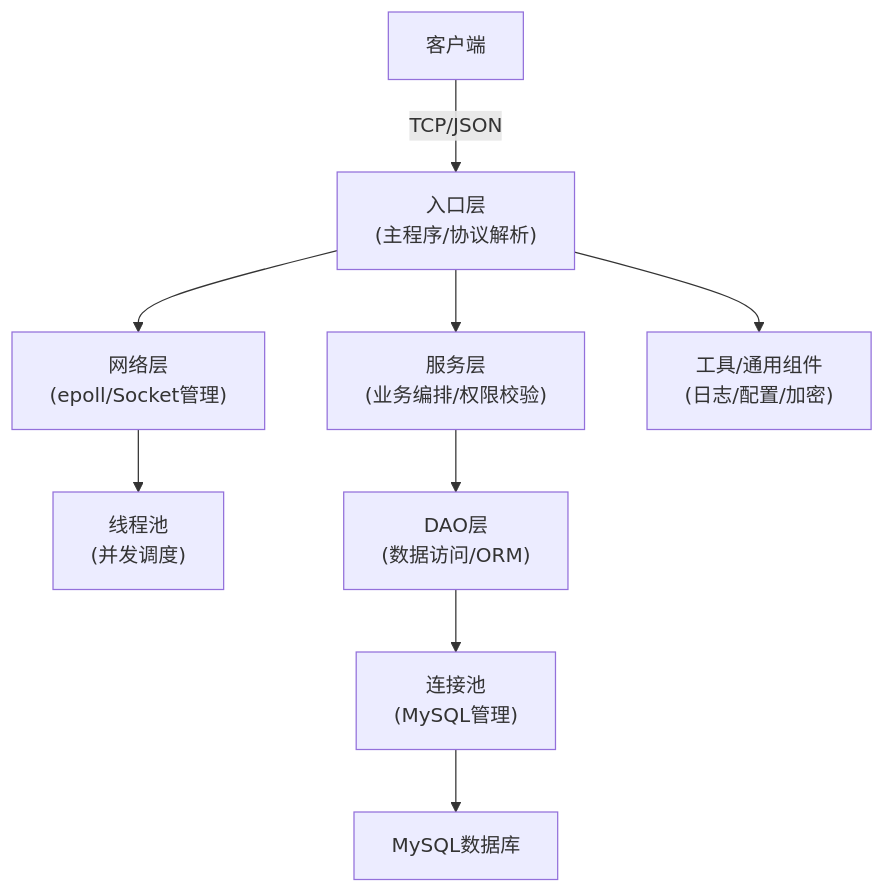
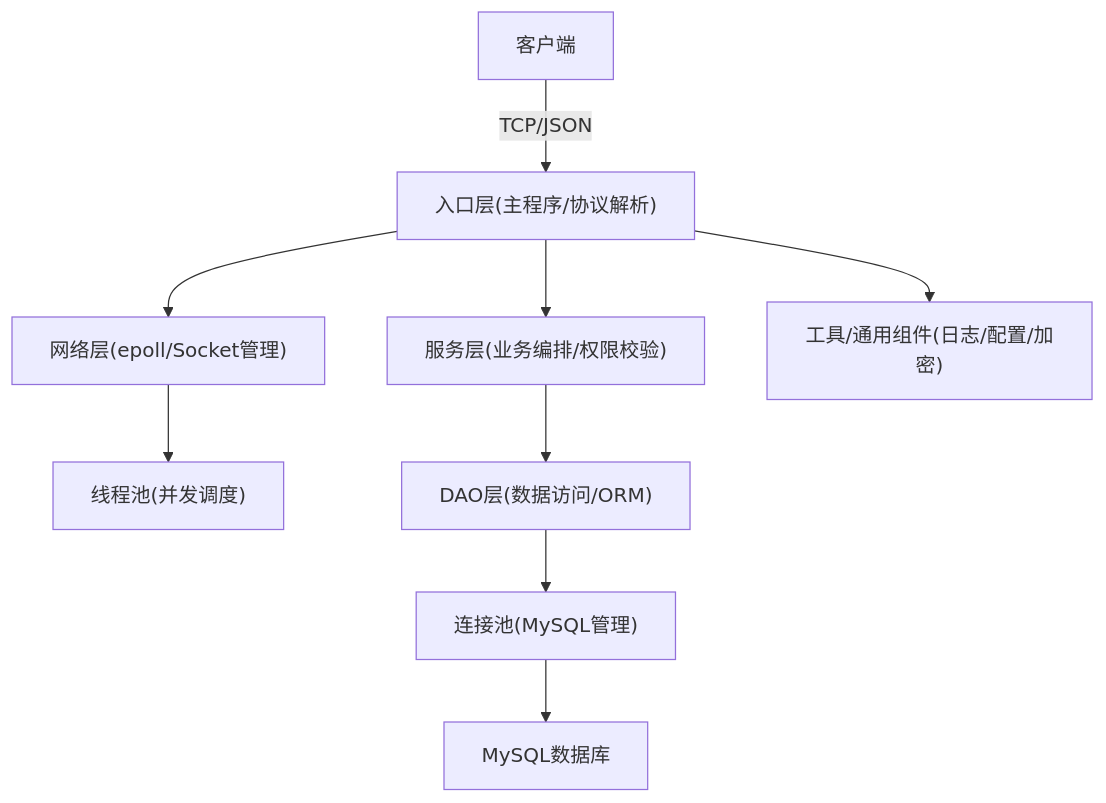
The diagram in README.md (znzz1/Chatroom), drawn with Mermaid before and after one commit.

Commit message:
Fix small bugs

````diff
--- a/README.md
+++ b/README.md
@@ -18,20 +18,20 @@
 ```mermaid
 graph TD
-  Client["客户端"] -->|TCP/JSON| Entry["入口层\n(主程序/协议解析)"]
-  Entry --> Net["网络层\n(epoll/Socket管理)"]
-  Net --> ThreadPool["线程池\n(并发调度)"]
-  Entry --> Service["服务层\n(业务编排/权限校验)"]
-  Service --> Dao["DAO层\n(数据访问/ORM)"]
-  Dao --> ConnPool["连接池\n(MySQL管理)"]
+  Client["客户端"] -->|TCP/JSON| Entry["入口层(主程序/协议解析)"]
+  Entry --> Net["网络层(epoll/Socket管理)"]
+  Net --> ThreadPool["线程池(并发调度)"]
+  Entry --> Service["服务层(业务编排/权限校验)"]
+  Service --> Dao["DAO层(数据访问/ORM)"]
+  Dao --> ConnPool["连接池(MySQL管理)"]
   ConnPool --> DB["MySQL数据库"]
-  Entry --> Utils["工具/通用组件\n(日志/配置/加密)"]
+  Entry --> Utils["工具/通用组件(日志/配置/加密)"]
 
   %% 注释: 各层职责
   %% Entry: 负责协议解析、请求分发
   %% Net: 负责高并发连接管理
   %% ThreadPool: 负责任务并发调度
   %% Service: 负责业务逻辑、权限校验
   %% DAO: 负责数据库操作封装
   %% ConnPool: 负责数据库连接复用与管理
   %% Utils: 提供通用工具支持
 ```
````
